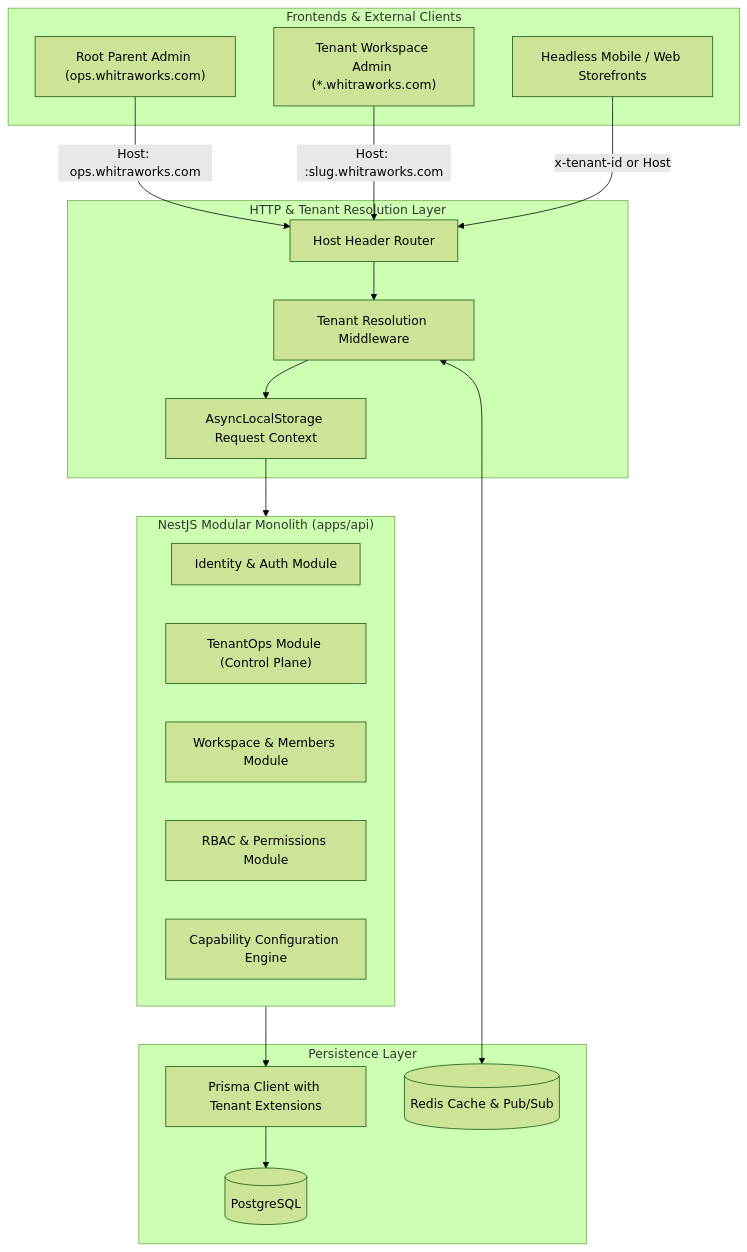
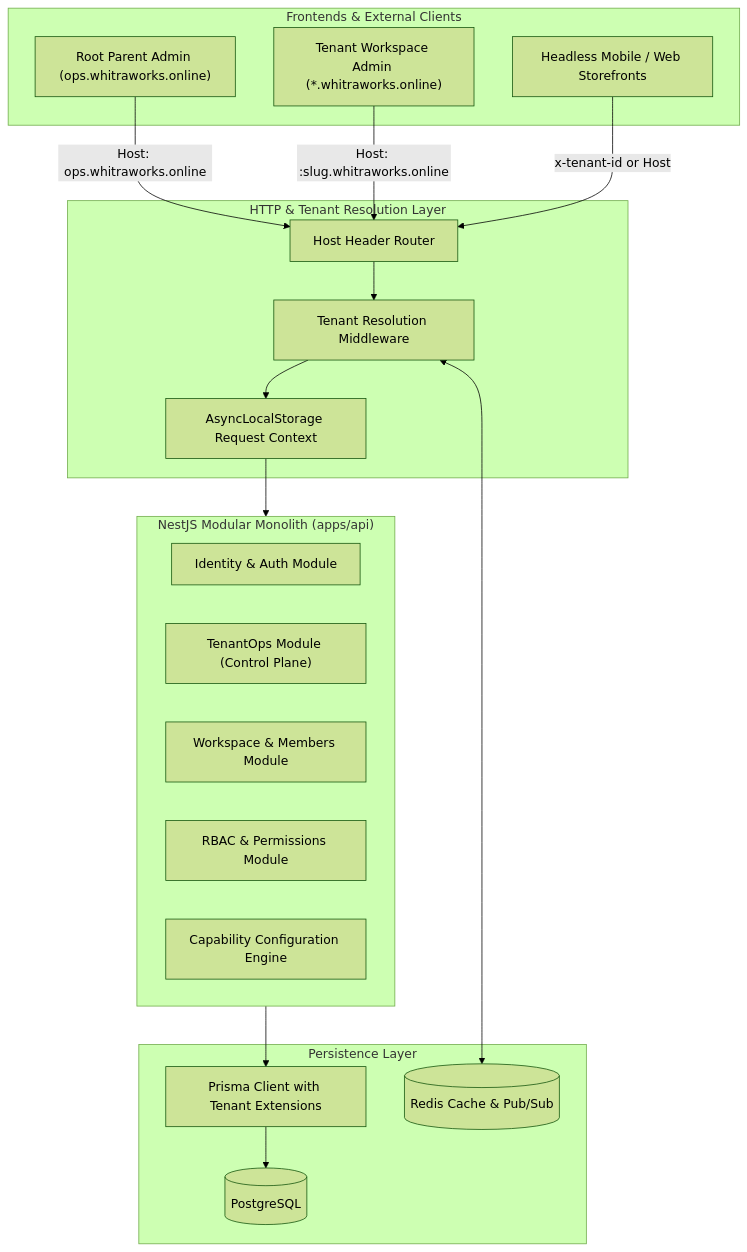
Before and after one commit to sivaganesz/whitraworks: the first of 2 diagrams in docs/ARCHITECTURE.md, drawn with Mermaid (forest theme). The commit also changed other lines of this file and 46 other files, not shown here.

````diff
--- a/docs/ARCHITECTURE.md
+++ b/docs/ARCHITECTURE.md
@@ -13,40 +13,40 @@
 ```mermaid
 flowchart TD
     subgraph Clients["Frontends & External Clients"]
-        OpsUI["Root Parent Admin (ops.whitraworks.com)"]
-        TenantUI["Tenant Workspace Admin (*.whitraworks.com)"]
+        OpsUI["Root Parent Admin (ops.whitraworks.online)"]
+        TenantUI["Tenant Workspace Admin (*.whitraworks.online)"]
         HeadlessClients["Headless Mobile / Web Storefronts"]
     end
 
     subgraph Gateway["HTTP & Tenant Resolution Layer"]
         HostRouter["Host Header Router"]
         TenantResolver["Tenant Resolution Middleware"]
         ContextStorage["AsyncLocalStorage Request Context"]
     end
 
     subgraph BackendMonolith["NestJS Modular Monolith (apps/api)"]
         AuthModule["Identity & Auth Module"]
         OpsModule["TenantOps Module (Control Plane)"]
         WorkspaceModule["Workspace & Members Module"]
         RBACModule["RBAC & Permissions Module"]
         CapEngine["Capability Configuration Engine"]
     end
 
     subgraph DataLayer["Persistence Layer"]
         PrismaExt["Prisma Client with Tenant Extensions"]
         Postgres[(PostgreSQL)]
         RedisCache[(Redis Cache & Pub/Sub)]
     end
 
-    OpsUI -->|Host: ops.whitraworks.com| HostRouter
-    TenantUI -->|Host: :slug.whitraworks.com| HostRouter
+    OpsUI -->|Host: ops.whitraworks.online| HostRouter
+    TenantUI -->|Host: :slug.whitraworks.online| HostRouter
     HeadlessClients -->|x-tenant-id or Host| HostRouter
 
     HostRouter --> TenantResolver
     TenantResolver --> ContextStorage
     ContextStorage --> BackendMonolith
 
     BackendMonolith --> PrismaExt
     PrismaExt --> Postgres
     TenantResolver <--> RedisCache
 ```
````
